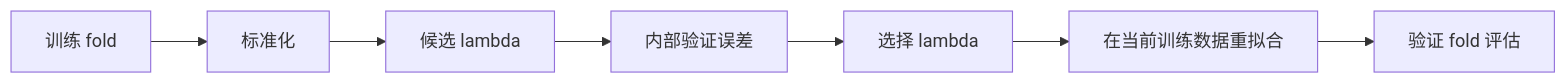
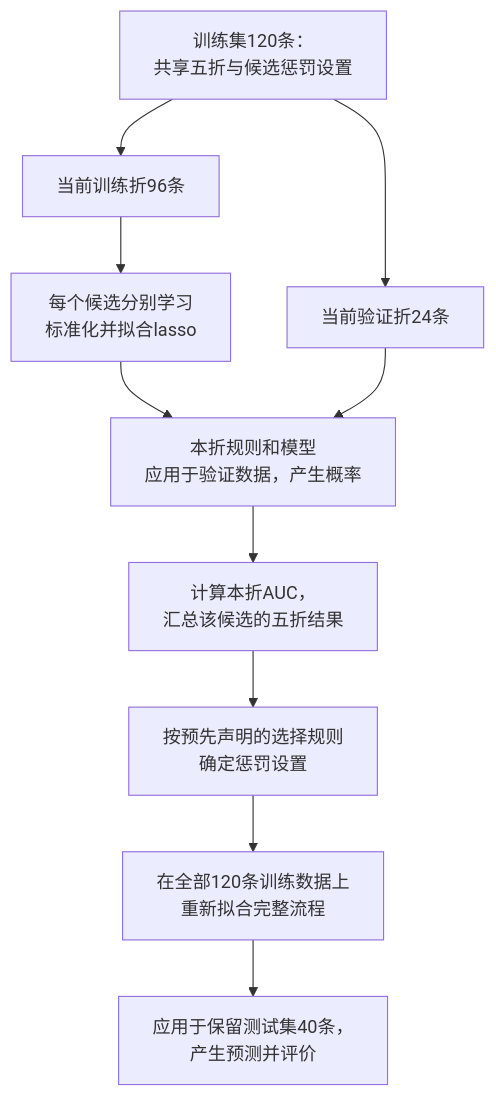
The third of 5 diagrams in docs/chapters/chapter-10/index.md (luvega/AI_MED_DataVis), drawn with Mermaid before and after one commit. The commit also changed other lines of this file and 30 other files, not shown here.

Commit message:
Redraw textbook diagrams and correct data-flow relationships

```diff
--- a/docs/chapters/chapter-10/index.md
+++ b/docs/chapters/chapter-10/index.md
@@ -456,9 +474,12 @@
 ~~~mermaid
-flowchart LR
-  A["训练 fold"] --> B["标准化"]
-  B --> C["候选 lambda"]
-  C --> D["内部验证误差"]
-  D --> E["选择 lambda"]
-  E --> F["在当前训练数据重拟合"]
-  F --> G["验证 fold 评估"]
+flowchart TD
+  A["训练集120条：<br/>共享五折与候选惩罚设置"] --> B["当前训练折96条"]
+  A --> C["当前验证折24条"]
+  B --> D["每个候选分别学习<br/>标准化并拟合lasso"]
+  D --> E["本折规则和模型<br/>应用于验证数据，产生概率"]
+  C --> E
+  E --> F["计算本折AUC，<br/>汇总该候选的五折结果"]
+  F --> G["按预先声明的选择规则<br/>确定惩罚设置"]
+  G --> H["在全部120条训练数据上<br/>重新拟合完整流程"]
+  H --> I["应用于保留测试集40条，<br/>产生预测并评价"]
 ~~~
```
